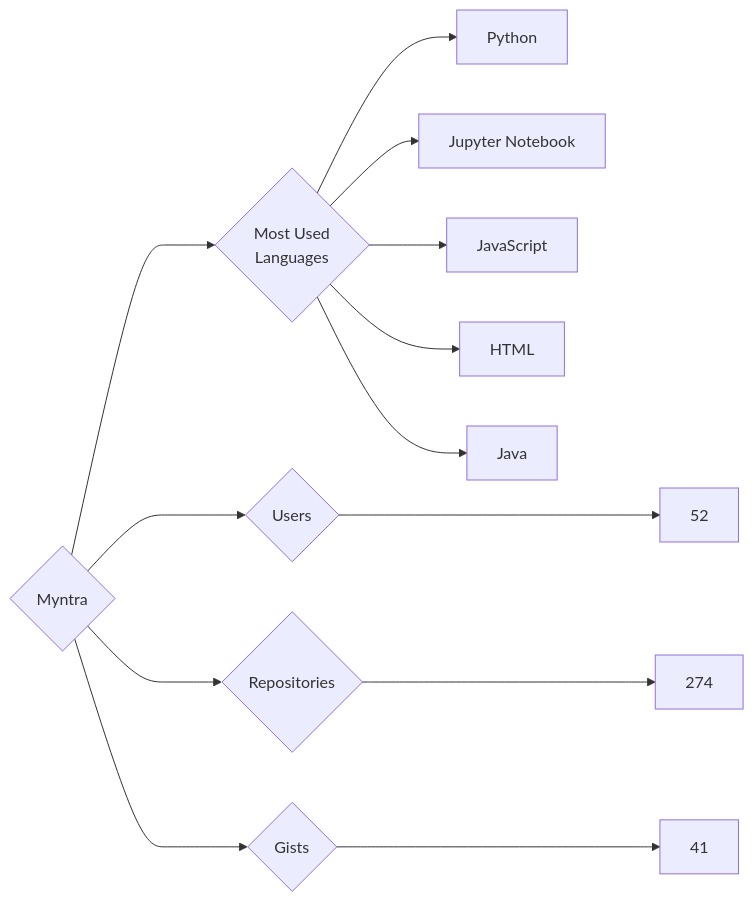
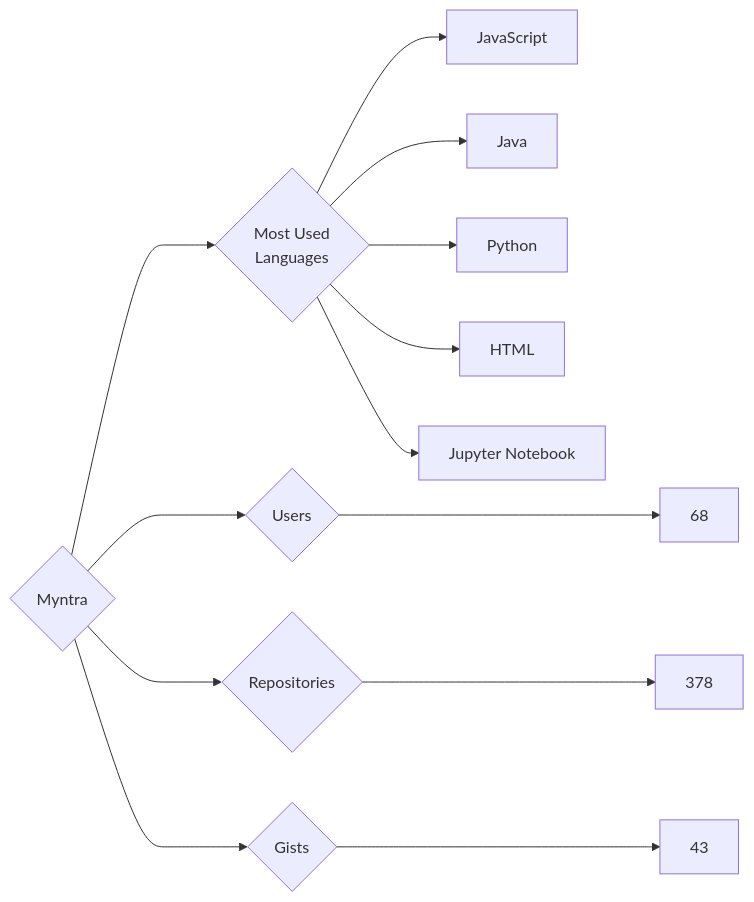
Before and after one commit to trickest/insiders: the diagram in targets/Myntra/README.md, drawn with Mermaid. The commit also changed 794 other files, not shown here.

````diff
--- a/targets/Myntra/README.md
+++ b/targets/Myntra/README.md
@@ -3,13 +3,13 @@
 ```mermaid
 graph LR
 COMPANY_NAME{Myntra}
-COMPANY_NAME ---> U{Users} ---> UN[52]
-COMPANY_NAME ---> R{Repositories} ---> RN[274]
-COMPANY_NAME ---> G{Gists} ---> GN[41]
+COMPANY_NAME ---> U{Users} ---> UN[68]
+COMPANY_NAME ---> R{Repositories} ---> RN[378]
+COMPANY_NAME ---> G{Gists} ---> GN[43]
 COMPANY_NAME ---> ML{Most Used<br>Languages}
+ML --> JavaScript[JavaScript]
+ML --> Java[Java]
 ML --> Python[Python]
+ML --> HTML[HTML]
 ML --> Jupyter_Notebook[Jupyter Notebook]
-ML --> JavaScript[JavaScript]
-ML --> HTML[HTML]
-ML --> Java[Java]
 ```
````
